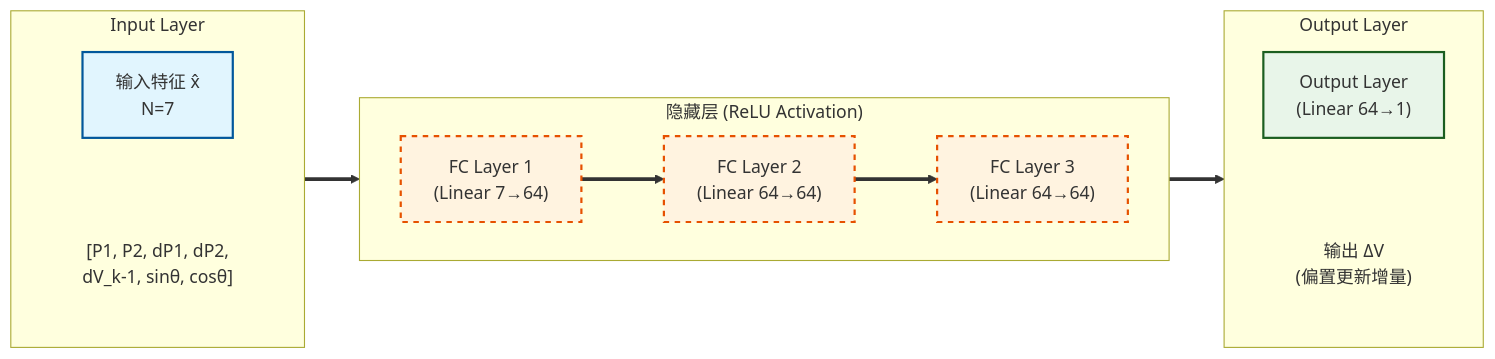
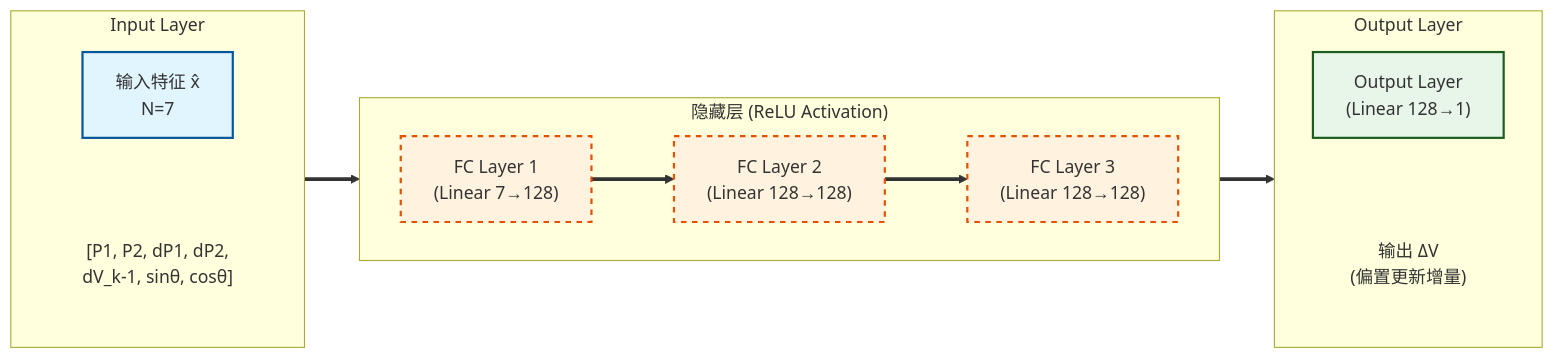
Before and after one commit to ckdfs/python-mzm: the diagram in docs/mzm_dither_controller_guide.md, drawn with Mermaid. The commit also changed other lines of this file and 5 other files, not shown here.

````diff
--- a/docs/mzm_dither_controller_guide.md
+++ b/docs/mzm_dither_controller_guide.md
@@ -305,41 +306,41 @@
 ```mermaid
 flowchart LR
     %% 定义样式
     classDef inputFill fill:#E1F5FE,stroke:#01579B,stroke-width:2px;
     classDef hiddenFill fill:#FFF3E0,stroke:#E65100,stroke-width:2px,stroke-dasharray: 5 5;
     classDef outputFill fill:#E8F5E9,stroke:#1B5E20,stroke-width:2px;
     classDef labelStyle fill:none,stroke:none;
 
     %% 输入层 (ID去掉了空格，标题加了引号)
     subgraph InputLayer ["Input Layer"]
         direction TB
         X["输入特征 x̂<br>N=7"]:::inputFill
         X_desc["[P1, P2, dP1, dP2,<br>dV_k-1, sinθ, cosθ]"]:::labelStyle
     end
 
     %% 隐藏层容器 (ID去掉了空格，标题加了引号)
     subgraph HiddenLayers ["隐藏层 (ReLU Activation)"]
         direction LR
-        H1["FC Layer 1<br>(Linear 7→64)"]:::hiddenFill
-        H2["FC Layer 2<br>(Linear 64→64)"]:::hiddenFill
-        H3["FC Layer 3<br>(Linear 64→64)"]:::hiddenFill
+        H1["FC Layer 1<br>(Linear 7→128)"]:::hiddenFill
+        H2["FC Layer 2<br>(Linear 128→128)"]:::hiddenFill
+        H3["FC Layer 3<br>(Linear 128→128)"]:::hiddenFill
     end
 
     %% 输出层 (ID去掉了空格，标题加了引号)
     subgraph OutputLayer ["Output Layer"]
         direction TB
-        L4["Output Layer<br>(Linear 64→1)"]:::outputFill
+        L4["Output Layer<br>(Linear 128→1)"]:::outputFill
         Y["输出 ΔV<br>(偏置更新增量)"]:::labelStyle
     end
 
     %% 连接
     X ==> H1
     H1 ==> H2
     H2 ==> H3
     H3 ==> L4
 
     %% 强制辅助节点位置 (用于对齐描述文本)
     X --- X_desc
     L4 --- Y
     linkStyle 4,5 stroke:none,fill:none;
 ```
````
